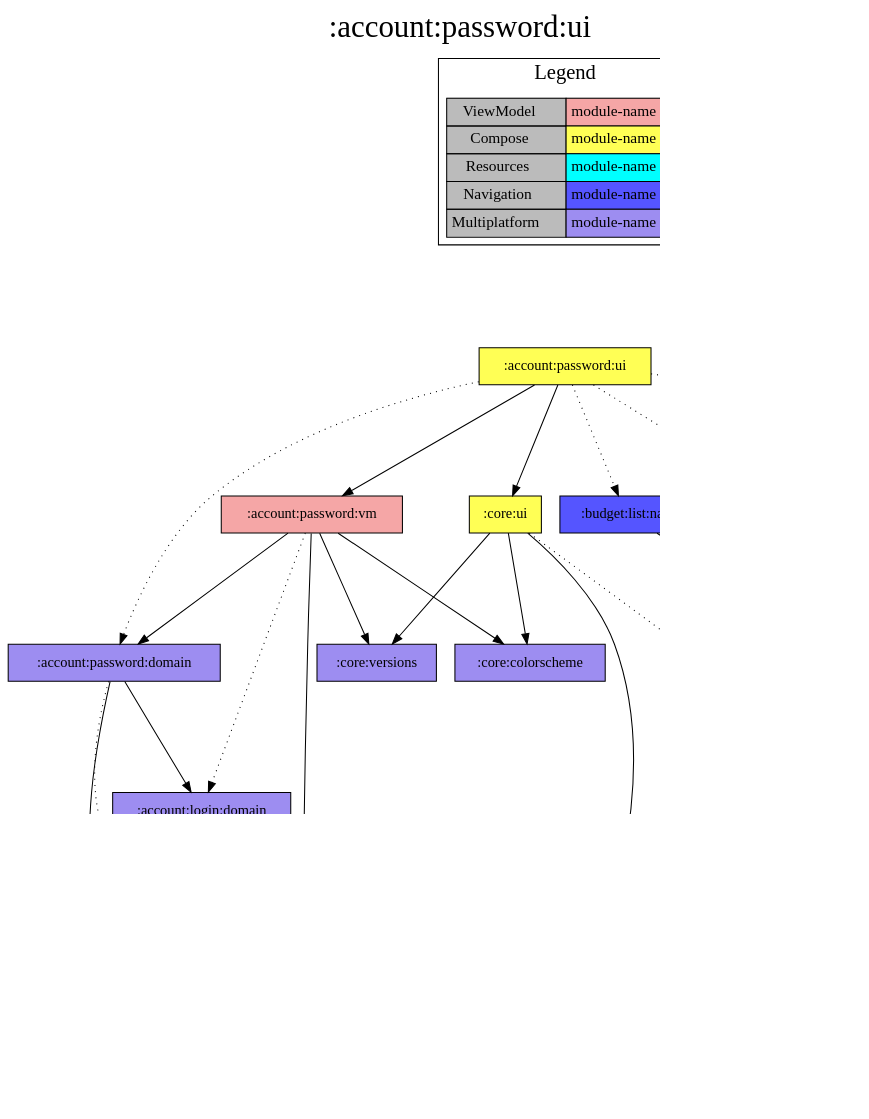
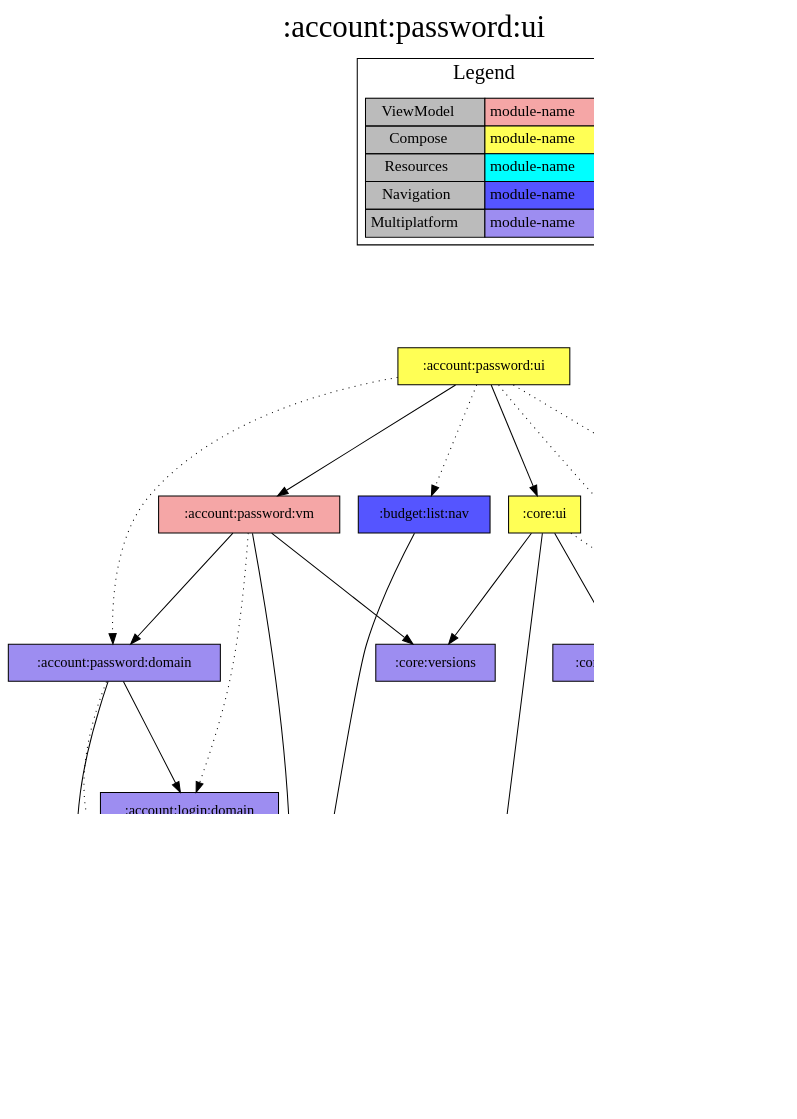
Before and after one commit to jonapoul/aktual: the diagram in modules/account/password/ui/project-dependency-graph.dot, drawn with Graphviz. The commit also changed 46 other files, not shown here.

```diff
--- a/modules/account/password/ui/project-dependency-graph.dot
+++ b/modules/account/password/ui/project-dependency-graph.dot
@@ -1,60 +1,59 @@
 digraph {
 edge ["dir"="forward"]
 graph ["dpi"="100","label"=":account:password:ui","labelloc"="t","fontsize"="30","ranksep"="1.5","rankdir"="TB"]
 node ["style"="filled"]
 ":account:login:domain" ["fillcolor"="#9D8DF1","shape"="box"]
 ":account:model" ["fillcolor"="#9D8DF1","shape"="box"]
 ":account:password:domain" ["fillcolor"="#9D8DF1","shape"="box"]
 ":account:password:res" ["fillcolor"="#00FFFF","shape"="box"]
 ":account:password:ui" ["fillcolor"="#FFFF55","shape"="box"]
 ":account:password:vm" ["fillcolor"="#F5A6A6","shape"="box"]
 ":api:actual" ["fillcolor"="#9D8DF1","shape"="box"]
 ":budget:list:nav" ["fillcolor"="#5555FF","shape"="box"]
 ":budget:model" ["fillcolor"="#9D8DF1","shape"="box"]
 ":core:colorscheme" ["fillcolor"="#9D8DF1","shape"="box"]
 ":core:res" ["fillcolor"="#00FFFF","shape"="box"]
 ":core:ui" ["fillcolor"="#FFFF55","shape"="box"]
 ":core:versions" ["fillcolor"="#9D8DF1","shape"="box"]
 ":url:model" ["fillcolor"="#9D8DF1","shape"="box"]
 {
 edge ["dir"="none"]
 graph ["rank"="same"]
 }
 ":account:login:domain" -> ":account:model"
 ":account:login:domain" -> ":api:actual" ["style"="dotted"]
 ":account:password:domain" -> ":account:login:domain"
 ":account:password:domain" -> ":account:model"
 ":account:password:domain" -> ":api:actual" ["style"="dotted"]
 ":account:password:ui" -> ":account:password:domain" ["style"="dotted"]
 ":account:password:ui" -> ":account:password:res" ["style"="dotted"]
 ":account:password:ui" -> ":account:password:vm"
 ":account:password:ui" -> ":budget:list:nav" ["style"="dotted"]
 ":account:password:ui" -> ":core:res" ["style"="dotted"]
 ":account:password:ui" -> ":core:ui"
 ":account:password:vm" -> ":account:login:domain" ["style"="dotted"]
 ":account:password:vm" -> ":account:model"
 ":account:password:vm" -> ":account:password:domain"
-":account:password:vm" -> ":core:colorscheme"
 ":account:password:vm" -> ":core:versions"
 ":api:actual" -> ":account:model"
 ":api:actual" -> ":budget:model"
 ":api:actual" -> ":url:model"
 ":budget:list:nav" -> ":account:model"
 ":core:ui" -> ":core:colorscheme"
 ":core:ui" -> ":core:res" ["style"="dotted"]
 ":core:ui" -> ":core:versions"
 ":core:ui" -> ":url:model"
 subgraph "cluster_legend" {
 edge ["dir"="none"]
 graph ["label"="Legend","fontsize"="20"]
 "Legend" ["style"="filled","fillcolor"="#bbbbbb","shape"="none","margin"="0","fontsize"="15","label"=<
 <TABLE BORDER="0" CELLBORDER="1" CELLSPACING="0" CELLPADDING="4">
 <TR><TD>ViewModel</TD><TD BGCOLOR="#F5A6A6">module-name</TD></TR>
 <TR><TD>Compose</TD><TD BGCOLOR="#FFFF55">module-name</TD></TR>
 <TR><TD>Resources</TD><TD BGCOLOR="#00FFFF">module-name</TD></TR>
 <TR><TD>Navigation</TD><TD BGCOLOR="#5555FF">module-name</TD></TR>
 <TR><TD>Multiplatform</TD><TD BGCOLOR="#9D8DF1">module-name</TD></TR>
 </TABLE>
 >]
 } -> ":account:password:ui" ["style"="invis"]
 }
```
